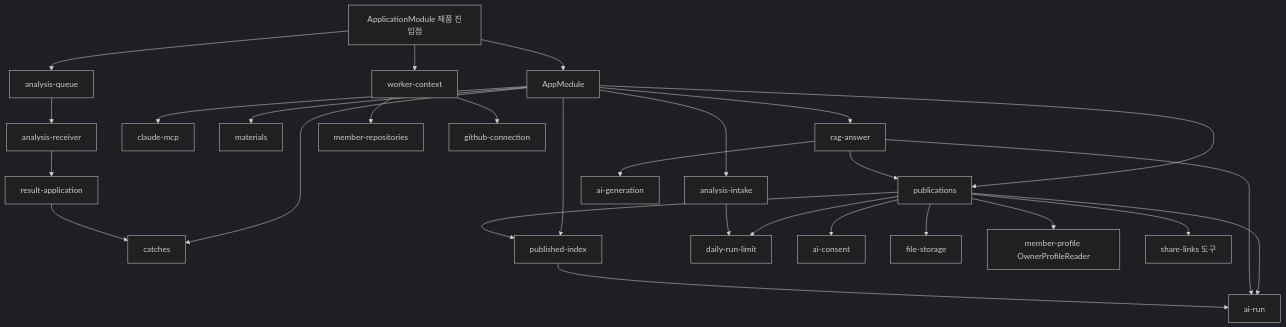
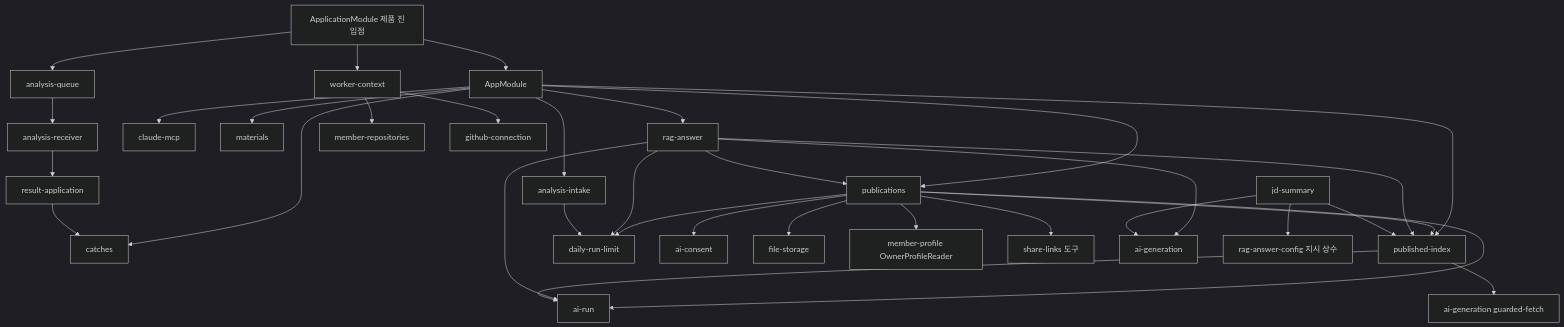
The diagram in aidlc/spaces/default/codekb/CatchU/dependencies.md (JminAILab/CatchU), drawn with Mermaid (dark theme) before and after one commit. The commit also changed other lines of this file and 13 other files, not shown here.

````diff
--- a/aidlc/spaces/default/codekb/CatchU/dependencies.md
+++ b/aidlc/spaces/default/codekb/CatchU/dependencies.md
@@ -19,30 +19,36 @@
 ```mermaid
 flowchart TD
   APP["AppModule"] --> CAT["catches"]
   APP --> PUB["publications"]
   APP --> RAG["rag-answer"]
   APP --> IDX["published-index"]
   APP --> MCP["claude-mcp"]
   APP --> MAT["materials"]
   APP --> INT["analysis-intake"]
   PROD["ApplicationModule 제품 진입점"] --> APP
   PROD --> WCTX["worker-context"]
   PROD --> AQ["analysis-queue"]
   AQ --> RECV["analysis-receiver"]
   RECV --> RES["result-application"]
   RES --> CAT
   PUB --> IDX
   PUB --> RUN["ai-run"]
   PUB --> DRL["daily-run-limit"]
   PUB --> CON["ai-consent"]
   PUB --> FS["file-storage"]
   PUB --> OPR["member-profile OwnerProfileReader"]
   PUB --> SL["share-links 도구"]
   RAG --> PUB
+  RAG --> IDX
   RAG --> GATE["ai-generation"]
   RAG --> RUN
+  RAG --> DRL
+  JD["jd-summary"] --> IDX
+  JD --> GATE
+  JD --> RAGCFG["rag-answer-config 지시 상수"]
   IDX --> RUN
+  IDX --> GF["ai-generation guarded-fetch"]
   INT --> DRL
   WCTX --> MR["member-repositories"]
   WCTX --> GHC["github-connection"]
 ```
````
